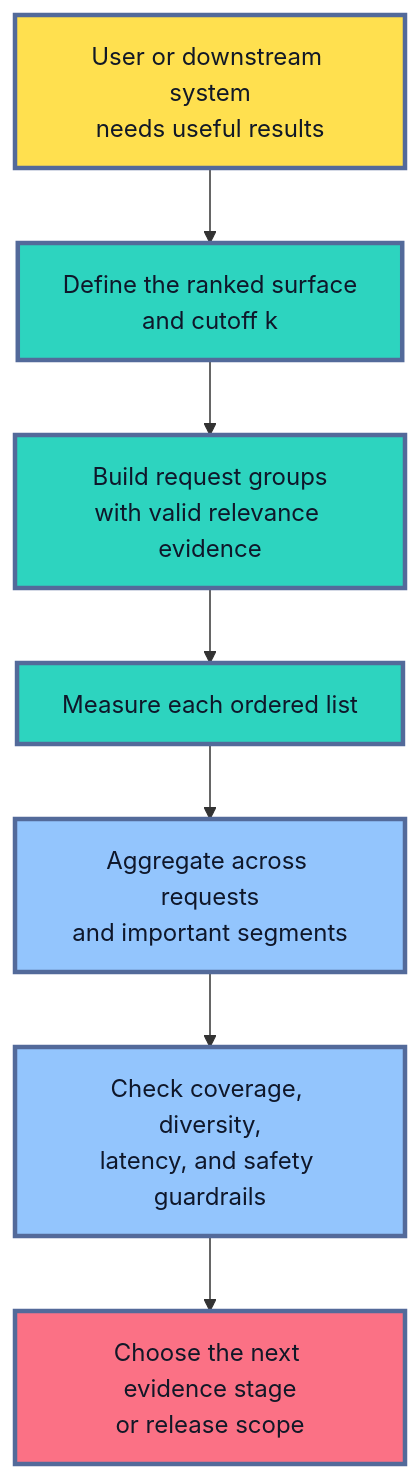
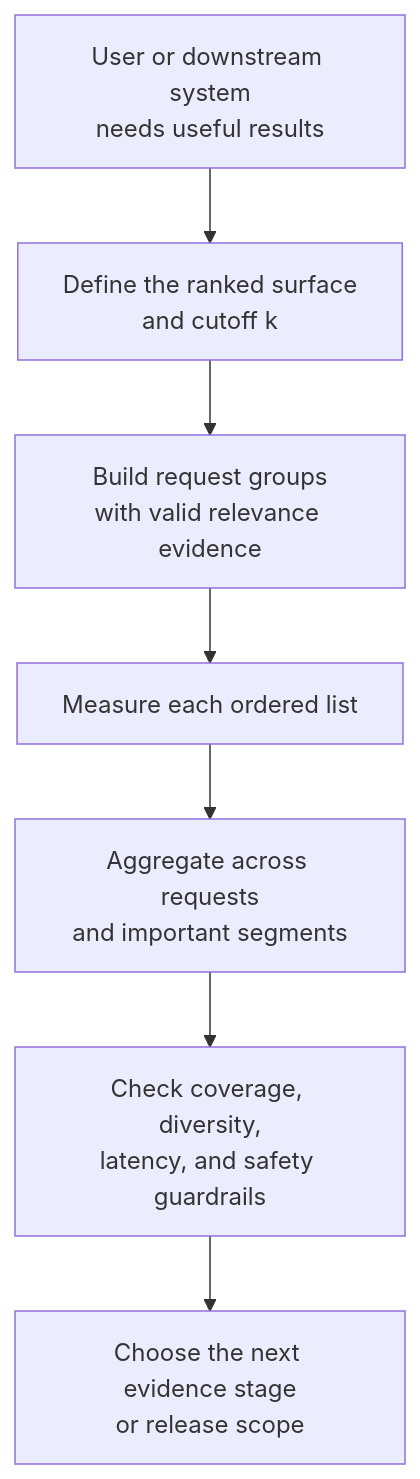
Before and after one commit to senlinyy/dev-roadmaps: the first of 8 diagrams in roadmaps/mlops/modules/model-evaluation/offline-evaluation/04-ranking-and-retrieval-evaluation.md, drawn with Mermaid. The commit also changed other lines of this file and 152 other files, not shown here.

Commit message:
feat: mlops and diagrams updated

````diff
--- a/roadmaps/mlops/modules/model-evaluation/offline-evaluation/04-ranking-and-retrieval-evaluation.md
+++ b/roadmaps/mlops/modules/model-evaluation/offline-evaluation/04-ranking-and-retrieval-evaluation.md
@@ -66,18 +66,14 @@
 ```mermaid
 flowchart TD
     A["User or downstream system<br/>needs useful results"] --> B["Define the ranked surface<br/>and cutoff k"]
     B --> C["Build request groups<br/>with valid relevance evidence"]
     C --> D["Measure each ordered list"]
     D --> E["Aggregate across requests<br/>and important segments"]
     E --> F["Check coverage, diversity,<br/>latency, and safety guardrails"]
     F --> G["Choose the next evidence stage<br/>or release scope"]
 
-    classDef need fill:#FFE04F,stroke:#536A9A,stroke-width:3px,color:#111827
-    classDef work fill:#2DD4BF,stroke:#536A9A,stroke-width:3px,color:#0F172A
-    classDef review fill:#93C5FD,stroke:#536A9A,stroke-width:3px,color:#0F172A
-    classDef decision fill:#FB7185,stroke:#536A9A,stroke-width:3px,color:#111827
     class A need
     class B,C,D work
     class E,F review
     class G decision
 ```
````
